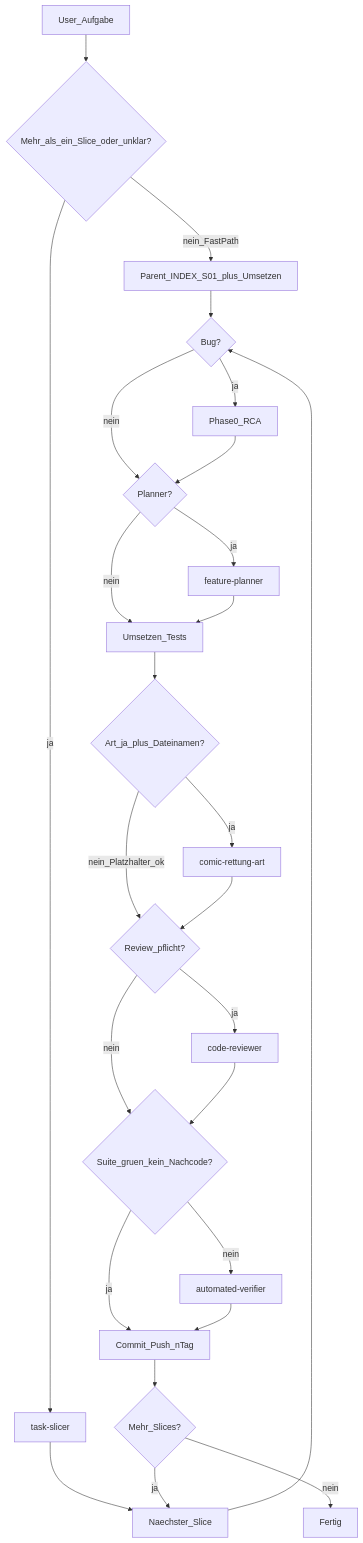
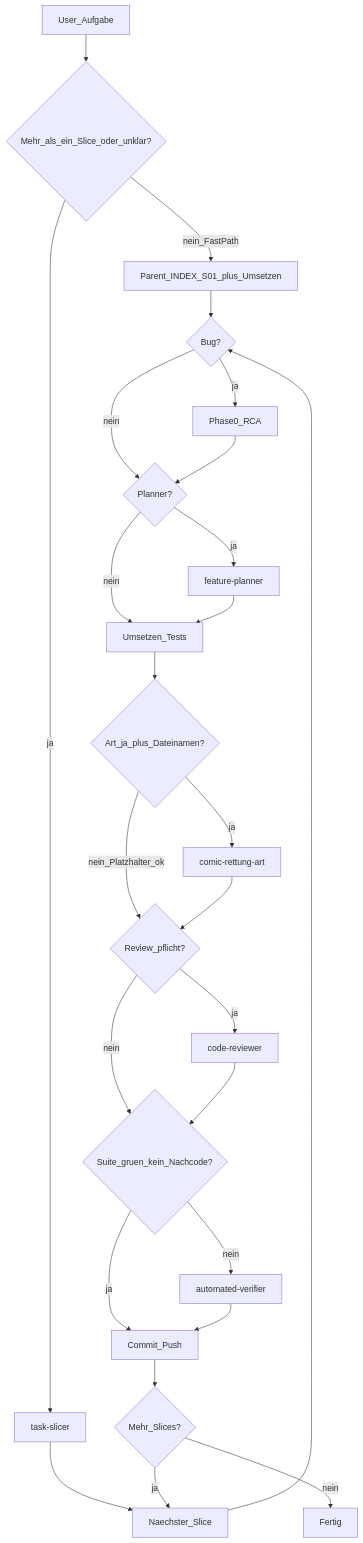
The diagram in docs/ENTWICKLUNGSABLAUF.md (stefanObs/schreiblernspiel-2d-jump-1), drawn with Mermaid before and after one commit. The commit also changed other lines of this file and 7 other files, not shown here.

````diff
--- a/docs/ENTWICKLUNGSABLAUF.md
+++ b/docs/ENTWICKLUNGSABLAUF.md
@@ -13,28 +13,28 @@
 ```mermaid
 flowchart TB
   Task[User_Aufgabe] --> Size{Mehr_als_ein_Slice_oder_unklar?}
   Size -->|nein_FastPath| Parent[Parent_INDEX_S01_plus_Umsetzen]
   Size -->|ja| Slicer[task-slicer]
   Slicer --> Next[Naechster_Slice]
   Parent --> Bug0{Bug?}
   Next --> Bug0
   Bug0 -->|ja| RCA[Phase0_RCA]
   Bug0 -->|nein| PlanQ{Planner?}
   RCA --> PlanQ
   PlanQ -->|ja| Planner[feature-planner]
   PlanQ -->|nein| Impl[Umsetzen_Tests]
   Planner --> Impl
   Impl --> ArtQ{Art_ja_plus_Dateinamen?}
   ArtQ -->|ja| Art[comic-rettung-art]
   ArtQ -->|nein_Platzhalter_ok| RevQ
   Art --> RevQ{Review_pflicht?}
   RevQ -->|ja| Review[code-reviewer]
   RevQ -->|nein| Green
   Review --> Green{Suite_gruen_kein_Nachcode?}
-  Green -->|ja| Git[Commit_Push_nTag]
+  Green -->|ja| Git[Commit_Push]
   Green -->|nein| Verify[automated-verifier]
   Verify --> Git
   Git --> More{Mehr_Slices?}
   More -->|ja| Next
   More -->|nein| Done[Fertig]
 ```
````
